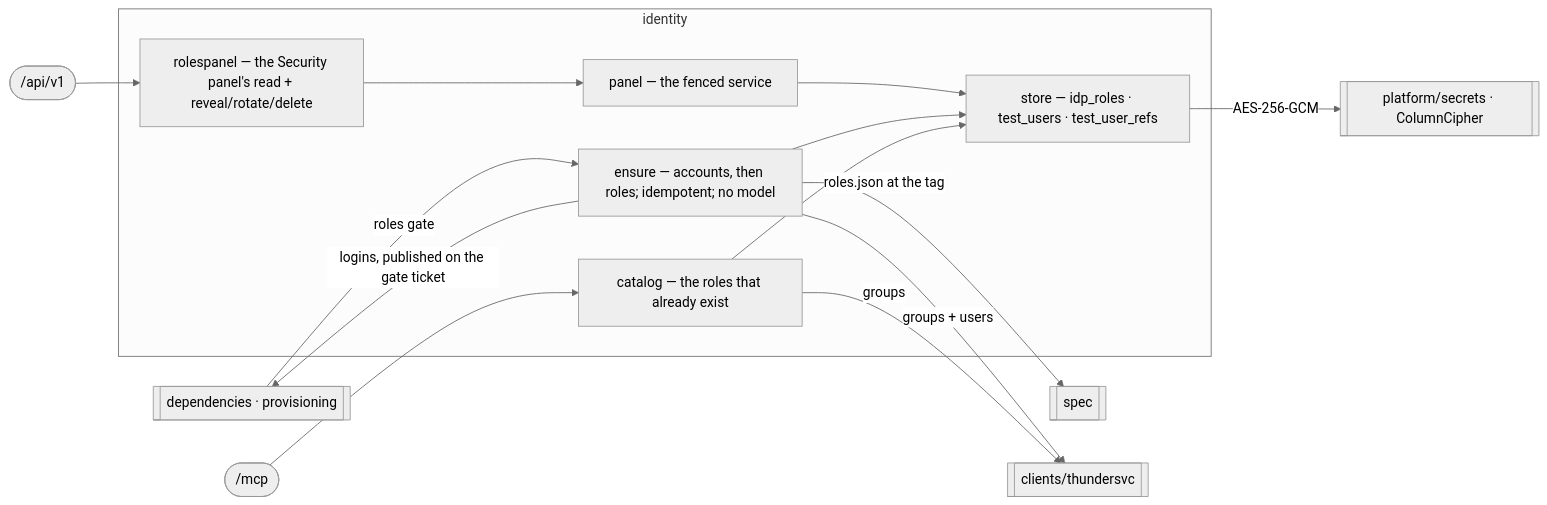
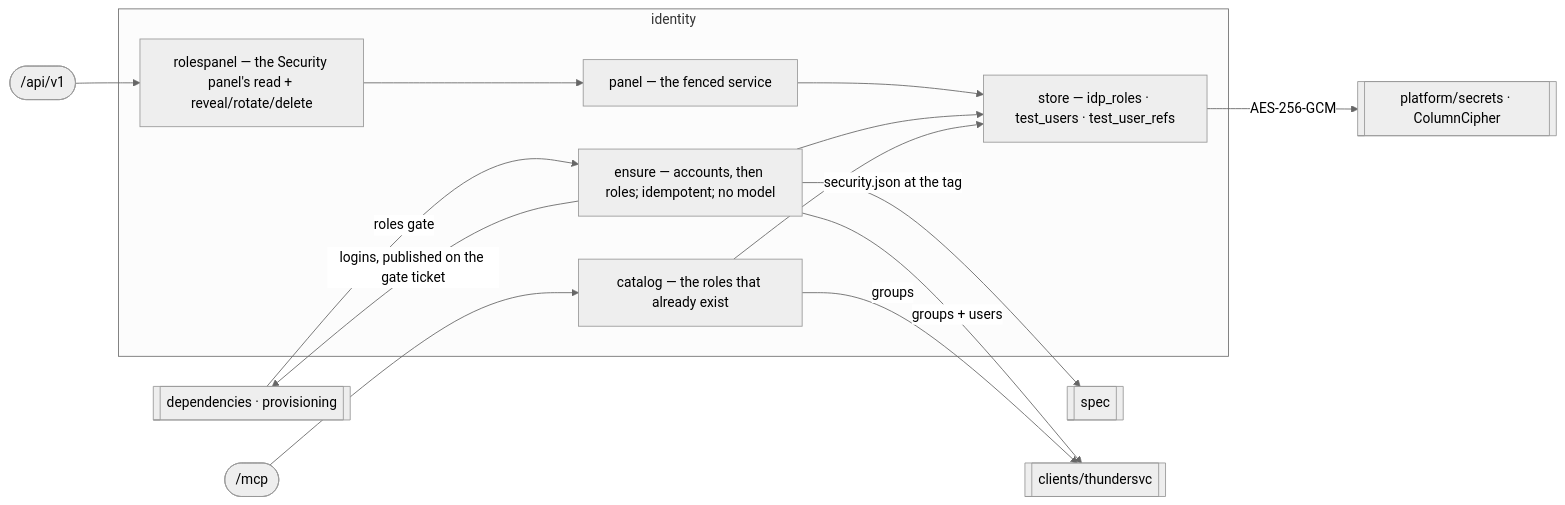
Before and after one commit to KCSAbeywickrama/labs-agentic-engineer: the diagram in services/aep-api/internal/identity/README.md, drawn with Mermaid (neutral theme). The commit also changed other lines of this file and 58 other files, not shown here.

First line of the commit message:
Replace roles.json with security.json and wait on the Thunder callback at deploy.

````diff
--- a/services/aep-api/internal/identity/README.md
+++ b/services/aep-api/internal/identity/README.md
@@ -13,21 +13,21 @@
 ```mermaid
 flowchart LR
   API(["/api/v1"]) --> HTTP
   MCP(["/mcp"]) --> CAT
   BUILD[[dependencies · provisioning]] -->|roles gate| ENS
   ENS -->|logins, published on the gate ticket| BUILD
   subgraph identity
     HTTP["rolespanel — the Security panel's read + reveal/rotate/delete"]
     ENS["ensure — accounts, then roles; idempotent; no model"]
     CAT["catalog — the roles that already exist"]
     PANEL["store — idp_roles · test_users · test_user_refs"]
     HTTP --> PNL["panel — the fenced service"]
     PNL --> PANEL
     ENS --> PANEL
     CAT --> PANEL
   end
-  ENS -->|roles.json at the tag| SPEC[[spec]]
+  ENS -->|security.json at the tag| SPEC[[spec]]
   ENS -->|groups + users| IDP[[clients/thundersvc]]
   CAT -->|groups| IDP
   PANEL -->|AES-256-GCM| SEC[[platform/secrets · ColumnCipher]]
 ```
````
